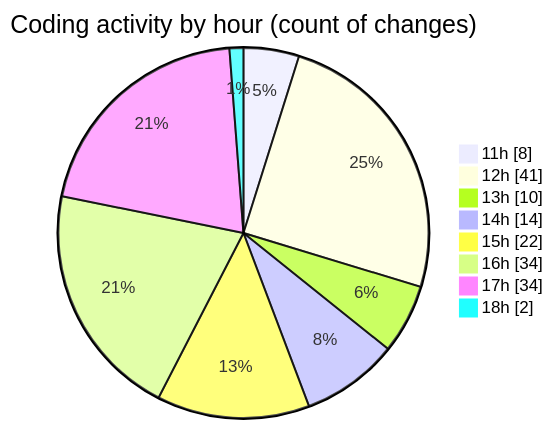
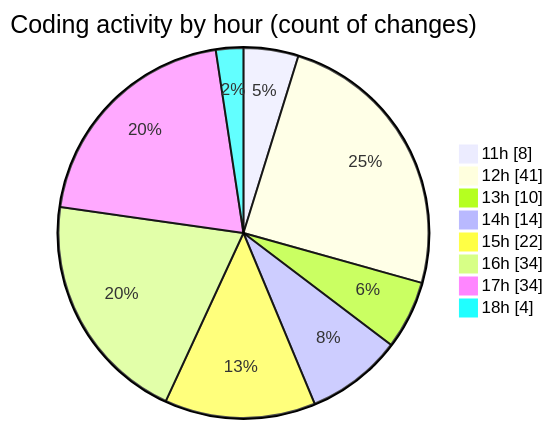
The second of 2 diagrams in 2025-05-04/project/README.md (BS-eng2023/code-tracking), drawn with Mermaid before and after one commit. The commit also changed other lines of this file and 1 other file, not shown here.

````diff
--- a/2025-05-04/project/README.md
+++ b/2025-05-04/project/README.md
@@ -54,12 +54,12 @@
 ```mermaid
 pie showData
 title Coding activity by hour (count of changes)
 "11h" : 8
 "12h" : 41
 "13h" : 10
 "14h" : 14
 "15h" : 22
 "16h" : 34
 "17h" : 34
-"18h" : 2
+"18h" : 4
 ```
````
